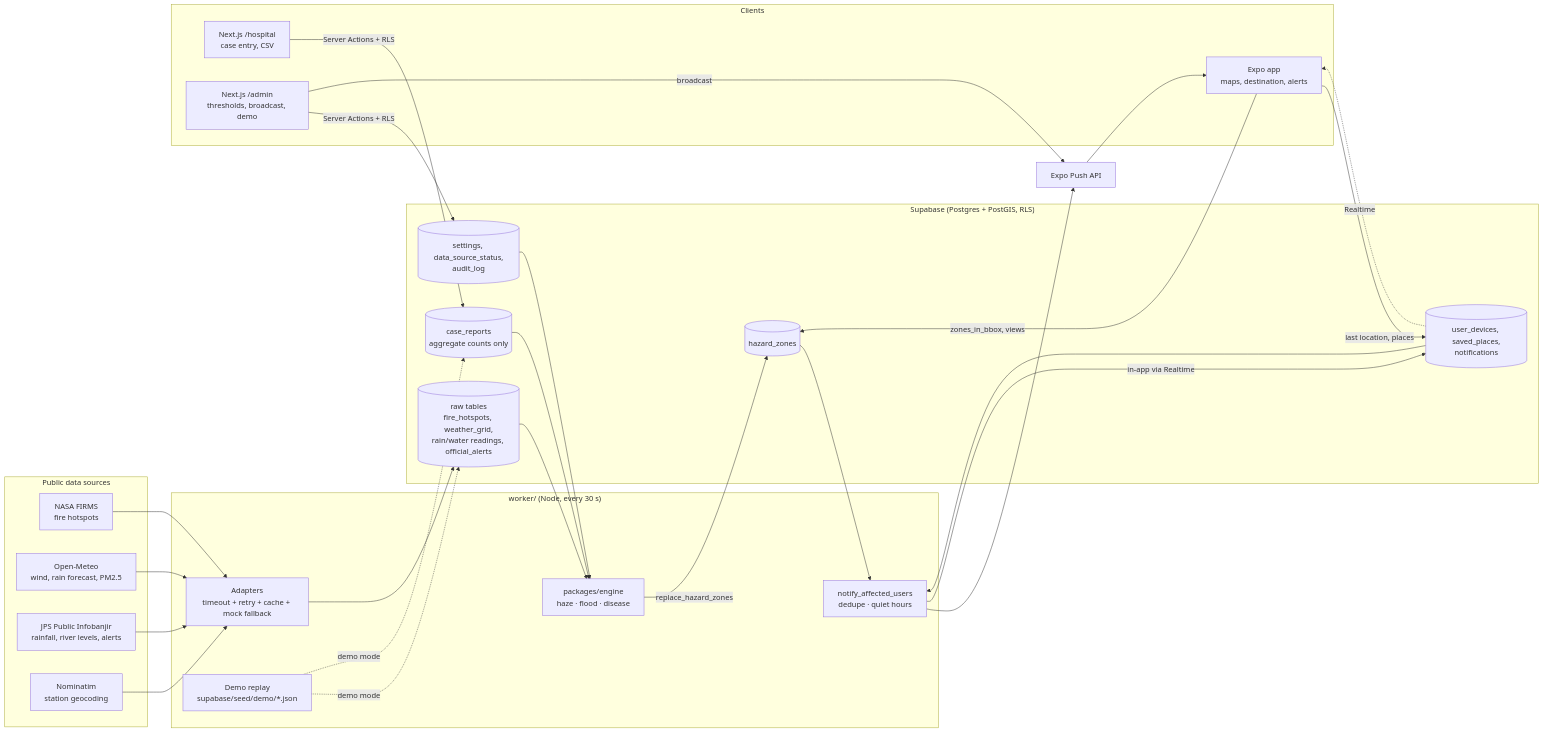
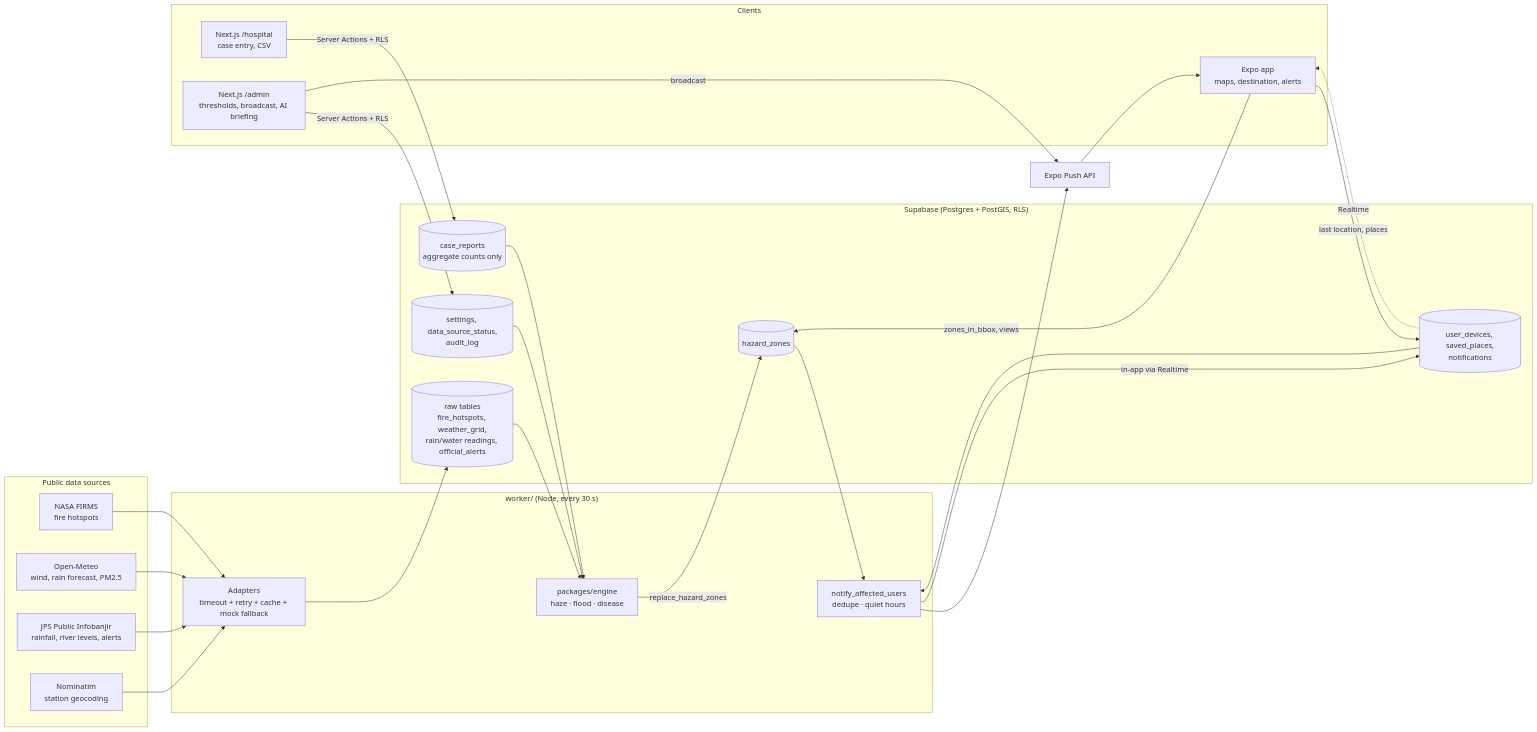
One commit to KONGCHINENG/jagasekitar changed the diagram in ARCHITECTURE.md. Above: the diagram before and after it, drawn with Mermaid. The commit also changed other lines of this file and 35 other files, not shown here.

First line of the commit message:
Remove demo mode

````diff
--- a/ARCHITECTURE.md
+++ b/ARCHITECTURE.md
@@ -5,48 +5,46 @@
 ```mermaid
 flowchart LR
   subgraph Sources["Public data sources"]
     FIRMS["NASA FIRMS<br/>fire hotspots"]
     OM["Open-Meteo<br/>wind, rain forecast, PM2.5"]
     JPS["JPS Public Infobanjir<br/>rainfall, river levels, alerts"]
     NOM["Nominatim<br/>station geocoding"]
   end
 
   subgraph Worker["worker/ (Node, every 30 s)"]
     AD["Adapters<br/>timeout + retry + cache + mock fallback"]
-    DEMO["Demo replay<br/>supabase/seed/demo/*.json"]
     ENG["packages/engine<br/>haze · flood · disease"]
     NOTIFY["notify_affected_users<br/>dedupe · quiet hours"]
   end
 
   subgraph DB["Supabase (Postgres + PostGIS, RLS)"]
     RAW[("raw tables<br/>fire_hotspots, weather_grid,<br/>rain/water readings, official_alerts")]
     REPORTS[("case_reports<br/>aggregate counts only")]
     ZONES[("hazard_zones")]
     DEV[("user_devices, saved_places,<br/>notifications")]
     SET[("settings, data_source_status,<br/>audit_log")]
   end
 
   subgraph Clients
     APP["Expo app<br/>maps, destination, alerts"]
     HOSP["Next.js /hospital<br/>case entry, CSV"]
-    ADMIN["Next.js /admin<br/>thresholds, broadcast, demo"]
+    ADMIN["Next.js /admin<br/>thresholds, broadcast, AI briefing"]
   end
 
   EXPO["Expo Push API"]
 
   FIRMS & OM & JPS --> AD
   NOM --> AD
   AD --> RAW
-  DEMO -. demo mode .-> RAW & REPORTS
   RAW & REPORTS & SET --> ENG
   ENG -- replace_hazard_zones --> ZONES
   ZONES & DEV --> NOTIFY
   NOTIFY --> EXPO --> APP
   NOTIFY -- in-app via Realtime --> DEV
   DEV -. Realtime .-> APP
   APP -- zones_in_bbox, views --> ZONES
   APP -- last location, places --> DEV
   HOSP -- Server Actions + RLS --> REPORTS
   ADMIN -- Server Actions + RLS --> SET
   ADMIN -- broadcast --> EXPO
 ```
````
